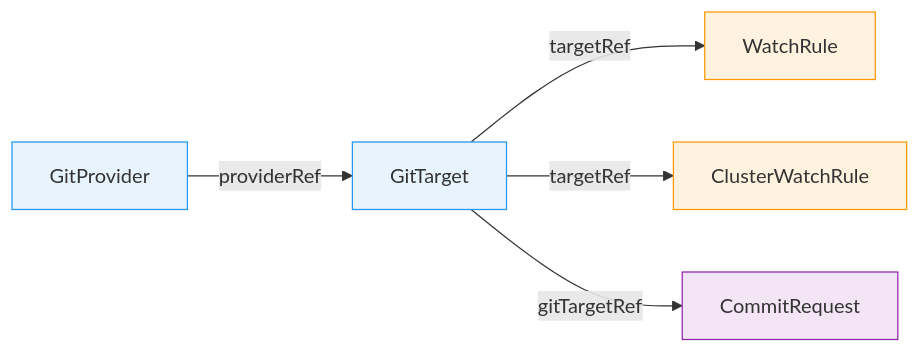
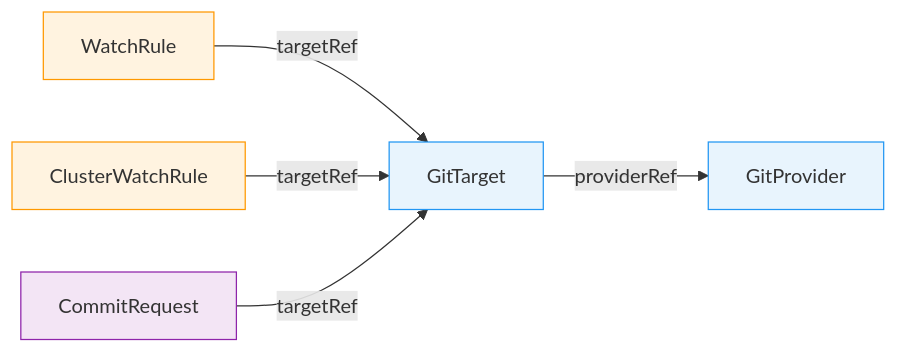
The first of 3 diagrams in docs/architecture.md (ConfigButler/gitops-reverser), drawn with Mermaid before and after one commit. The commit also changed other lines of this file and 9 other files, not shown here.

Commit message:
chore: aligning config fields and updating architecture docs

````diff
--- a/docs/architecture.md
+++ b/docs/architecture.md
@@ -43,13 +82,13 @@
 ```mermaid
 graph LR
-    GP[GitProvider] -->|providerRef| GT[GitTarget]
-    GT -->|targetRef| WR[WatchRule]
-    GT -->|targetRef| CWR[ClusterWatchRule]
-    GT -->|gitTargetRef| CR[CommitRequest]
+    WR[WatchRule] -->|targetRef| GT[GitTarget]
+    CWR[ClusterWatchRule] -->|targetRef| GT
+    CR[CommitRequest] -->|targetRef| GT
+    GT -->|providerRef| GP[GitProvider]
 
     style GP fill:#e8f4fd,stroke:#2196f3
     style GT fill:#e8f4fd,stroke:#2196f3
     style WR fill:#fff3e0,stroke:#ff9800
     style CWR fill:#fff3e0,stroke:#ff9800
     style CR fill:#f3e5f5,stroke:#8e24aa
 ```
````
